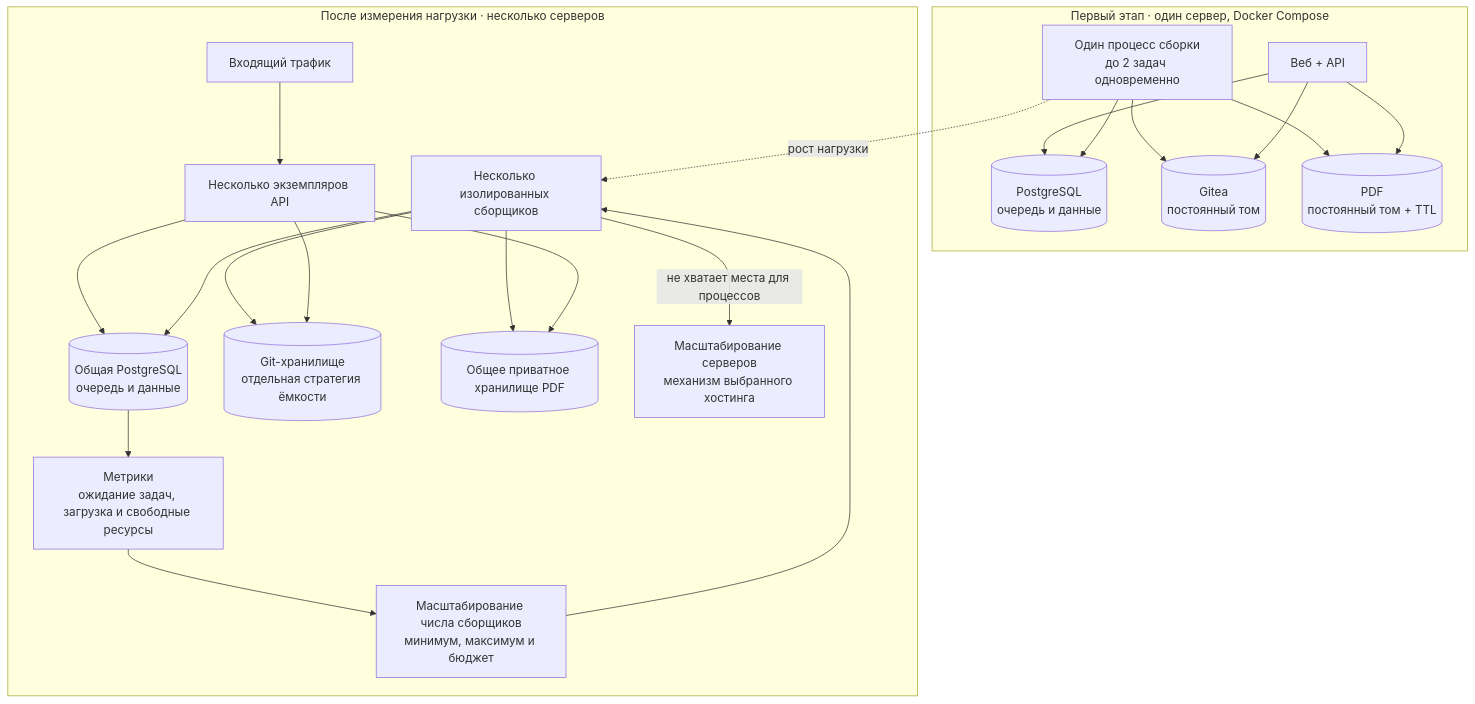
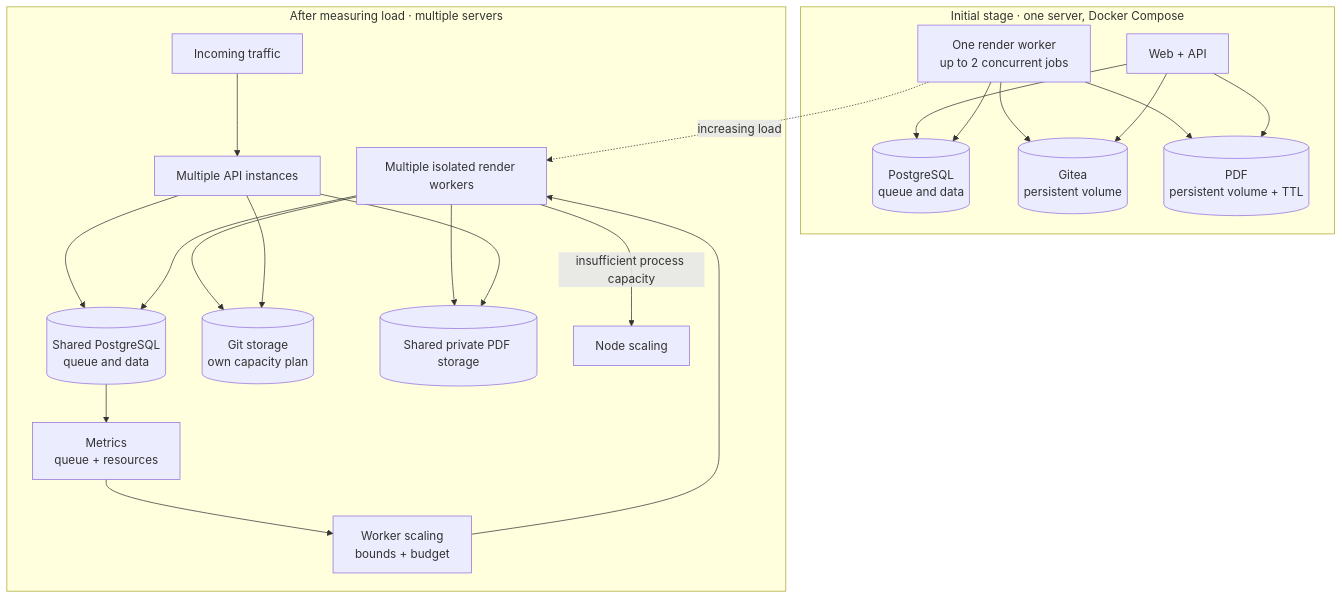
One commit to Feruum/Leafrun changed the diagram in docs/architecture/diagrams/05-scaling.mmd. Above: the diagram before and after it, drawn with Mermaid. The commit also changed 38 other files, not shown here.

```diff
--- a/docs/architecture/diagrams/05-scaling.mmd
+++ b/docs/architecture/diagrams/05-scaling.mmd
@@ -1,25 +1,25 @@
 flowchart TB
-    subgraph Start["Первый этап · один сервер, Docker Compose"]
-        API1["Веб + API"] --> DB1[("PostgreSQL<br/>очередь и данные")]
-        W1["Один процесс сборки<br/>до 2 задач одновременно"] --> DB1
-        W1 --> G1[("Gitea<br/>постоянный том")]
-        W1 --> F1[("PDF<br/>постоянный том + TTL")]
+    subgraph Start["Initial stage · one server, Docker Compose"]
+        API1["Web + API"] --> DB1[("PostgreSQL<br/>queue and data")]
+        W1["One render worker<br/>up to 2 concurrent jobs"] --> DB1
+        W1 --> G1[("Gitea<br/>persistent volume")]
+        W1 --> F1[("PDF<br/>persistent volume + TTL")]
         API1 --> G1
         API1 --> F1
     end
 
-    subgraph Growth["После измерения нагрузки · несколько серверов"]
-        LB["Входящий трафик"] --> APIs["Несколько экземпляров API"]
-        APIs --> DB2[("Общая PostgreSQL<br/>очередь и данные")]
-        Workers["Несколько изолированных сборщиков"] --> DB2
-        Workers --> G2[("Git-хранилище<br/>отдельная стратегия ёмкости")]
-        Workers --> F2[("Общее приватное хранилище PDF")]
+    subgraph Growth["After measuring load · multiple servers"]
+        LB["Incoming traffic"] --> APIs["Multiple API instances"]
+        APIs --> DB2[("Shared PostgreSQL<br/>queue and data")]
+        Workers["Multiple isolated render workers"] --> DB2
+        Workers --> G2[("Git storage<br/>own capacity plan")]
+        Workers --> F2[("Shared private PDF storage")]
         APIs --> G2
         APIs --> F2
-        DB2 --> Metrics["Метрики<br/>ожидание задач, загрузка и свободные ресурсы"]
-        Metrics --> HPA["Масштабирование числа сборщиков<br/>минимум, максимум и бюджет"]
+        DB2 --> Metrics["Metrics<br/>queue + resources"]
+        Metrics --> HPA["Worker scaling<br/>bounds + budget"]
         HPA --> Workers
-        Workers -->|"не хватает места для процессов"| Nodes["Масштабирование серверов<br/>механизм выбранного хостинга"]
+        Workers -->|"insufficient process capacity"| Nodes["Node scaling"]
     end
 
-    W1 -.->|"рост нагрузки"| Workers
+    W1 -.->|"increasing load"| Workers
```
